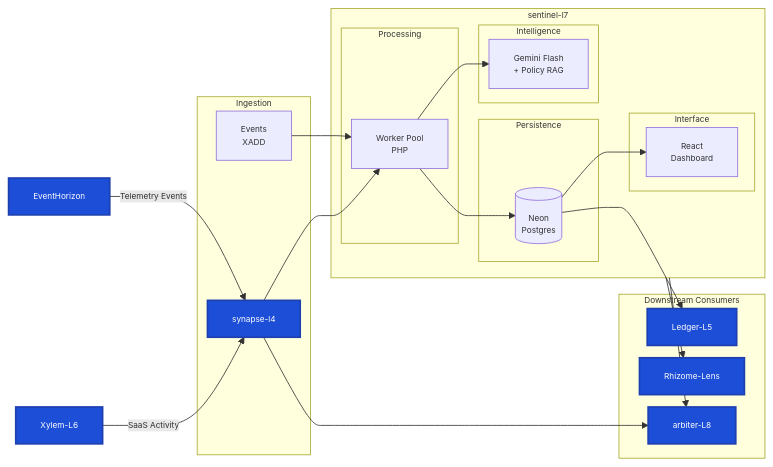
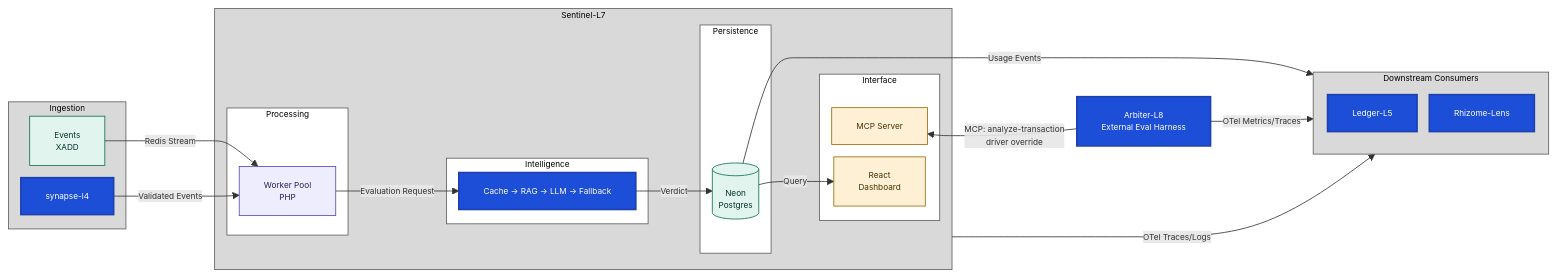
Before and after one commit to obrienma/sentinel-l7: the first of 7 diagrams in README.md, drawn with Mermaid. The commit also changed other lines of this file and 2 other files, not shown here.

Commit message:
docs(audit): split README diagram, document MCP server consumers
  - README's inline diagram conflated sentinel-l7's own architecture
  with the full inter-repo ecosystem (EventHorizon/Xylem-L6
  upstream, arbiter-L8/Ledger-L5/Rhizome-Lens downstream) —
  extracted the ecosystem view into docs/diagrams/RHIZOME-RISK.md so
  README stays scoped to sentinel-l7 internals
  - Collapsed the Gemini-only AI node into a "Cache → RAG → LLM →
  Fallback" box since the compliance driver is swappable, not
  Gemini-specific; links out to TRANSACTION_PIPELINE.md for the
  actual step order
  - Added the MCP Server section: tool list, driver-override
  semantics (bypasses cache, no Tier 3 fallback), and arbiter-l8 as
  a known external consumer — none of this was documented despite
  the endpoint already existing in code
  - TRANSACTION_PIPELINE.md: quoted node/edge labels for Mermaid
  parser safety, no content change

````diff
--- a/README.md
+++ b/README.md
@@ -13,54 +13,70 @@
 ```mermaid
-%%{init: {'themeVariables': {'fontSize': '10px'}, 'flowchart': {'nodeSpacing': 15, 'rankSpacing': 25}}}%%
+%%{init: {'themeVariables': {'fontSize': '10px'}, 'flowchart': {'nodeSpacing': 15, 'rankSpacing': 30}}}%%
 flowchart LR
-    EH[EventHorizon]
-    XY[Xylem-L6]
-
     subgraph Ingestion
         A[Events<br/>XADD]
         SL[synapse-l4]
     end
 
-    subgraph SentinelL7["sentinel-l7"]
+    subgraph SentinelL7["Sentinel-L7"]
         subgraph Processing
             B[Worker Pool<br/>PHP]
         end
         subgraph Intelligence
-            C[Gemini Flash<br/>+ Policy RAG]
+            CASCADE[Cache → RAG → LLM → Fallback]
         end
         subgraph Interface
+            MCP[MCP Server]
             E[React<br/>Dashboard]
         end
         subgraph Persistence
             D[(Neon<br/>Postgres)]
         end
     end
 
-    subgraph "Downstream Consumers"
-        AR[arbiter-L8]
+    AR[Arbiter-L8<br/>External Eval Harness]
+
+    subgraph DC["Downstream Consumers"]
+        direction TB
         LE[Ledger-L5]
         RL[Rhizome-Lens]
     end
 
-    EH -->|Telemetry Events| SL
-    XY -->|SaaS Activity| SL
-    A --> B
-    SL --> B
-    B --> C
-    B --> D
-    D --> E
-    D --> LE
-    SL --> AR
-    SentinelL7 --> AR
-    SentinelL7 --> RL
+    Interface ~~~ AR
+    Interface ~~~ DC
 
-    click EH "https://github.com/obrienma/EventHorizon#readme" "Go to EventHorizon repo"
-    click XY "https://github.com/obrienma/Xylem-L6#readme" "Go to Xylem-L6 repo"
-    click SL "https://github.com/obrienma/synapse-l4#readme" "Go to synapse-l4 repo"
-    click AR "https://github.com/obrienma/Arbiter-L8#readme" "Go to arbiter-L8 repo"
+    A -->|Redis Stream| B
+    SL -->|Validated Events| B
+    B -->|Evaluation Request| CASCADE
+    CASCADE -->|Verdict| D
+    D -->|Query| E
+    D -->|Usage Events| LE
+    SentinelL7 -->|OTel Traces/Logs| RL
+    AR -->|MCP: analyze-transaction<br/>driver override| MCP
+    AR -->|OTel Metrics/Traces| RL
+
+    click CASCADE "docs/diagrams/TRANSACTION_PIPELINE.md" "See the full transaction pipeline diagram"
+    click SL "https://github.com/obrienma/synapse-l4#readme" "Go to Synapse-L4 repo"
+    click AR "https://github.com/obrienma/Arbiter-L8#readme" "Go to Arbiter-L8 repo"
     click LE "https://github.com/obrienma/Ledger-L5#readme" "Go to Ledger-L5 repo"
     click RL "https://github.com/obrienma/Rhizome-Lens#readme" "Go to Rhizome-Lens repo"
 
+    class A,D teal
+    class B purple
+    class MCP,E amber
+    class SL,AR,LE,RL,CASCADE clickable
+
     classDef clickable fill:#1d4ed8,stroke:#1e40af,stroke-width:2px,color:#ffffff
-    class EH,XY,SL,AR,LE,RL clickable
+    classDef teal fill:#E1F5EE,stroke:#0F6E56,color:#04342C
+    classDef purple fill:#EEEDFE,stroke:#534AB7,color:#26215C
+    classDef amber fill:#FDF0D5,stroke:#9A6B0A,color:#4A3200
+
+    style Ingestion fill:#D9D9D9,stroke:#5F5E5A,color:#000000
+    style SentinelL7 fill:#D9D9D9,stroke:#5F5E5A,color:#000000
+    style DC fill:#D9D9D9,stroke:#5F5E5A,color:#000000
+
+    style Processing fill:#FFFFFF,stroke:#5F5E5A,color:#000000
+    style Intelligence fill:#FFFFFF,stroke:#5F5E5A,color:#000000
+    style Interface fill:#FFFFFF,stroke:#5F5E5A,color:#000000
+    style Persistence fill:#FFFFFF,stroke:#5F5E5A,color:#000000
 ```
````
